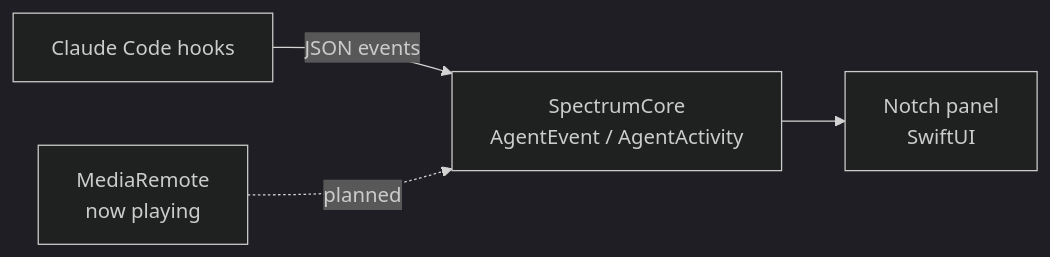
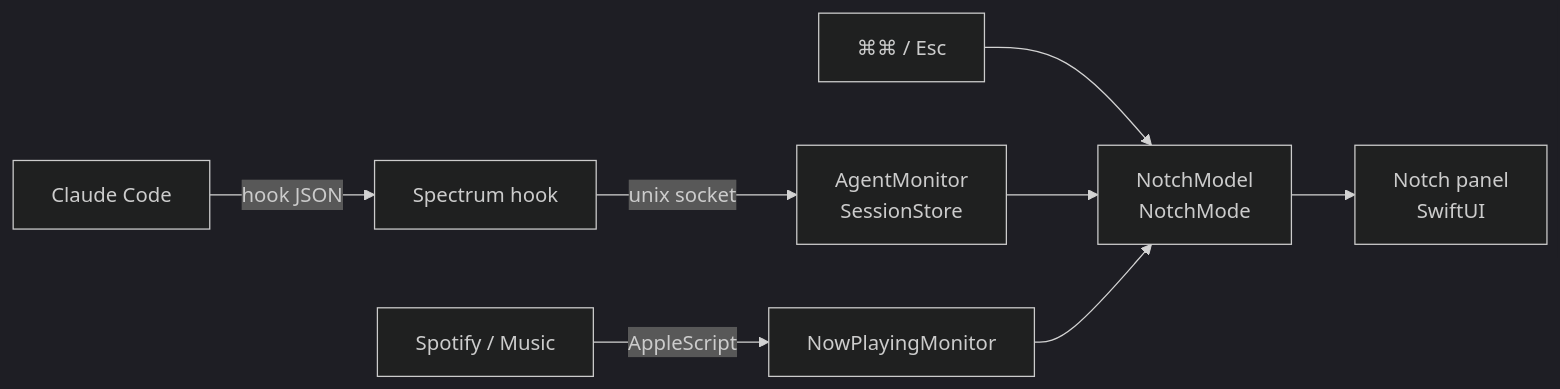
Before and after one commit to asykixd/spectrum: the diagram in README.md, drawn with Mermaid (dark theme). The commit also changed other lines of this file and 2 other files, not shown here.

Commit message:
docs: document usage, permissions and commands; update roadmap

````diff
--- a/README.md
+++ b/README.md
@@ -67,6 +96,10 @@
 ```mermaid
 flowchart LR
-    CC[Claude Code hooks] -- JSON events --> Core[SpectrumCore<br/>AgentEvent / AgentActivity]
-    MR[MediaRemote<br/>now playing] -. planned .-> Core
-    Core --> UI[Notch panel<br/>SwiftUI]
+    CC[Claude Code] -- hook JSON --> Hook[Spectrum hook]
+    Hook -- unix socket --> Agents[AgentMonitor<br/>SessionStore]
+    Players[Spotify / Music] -- AppleScript --> Music[NowPlayingMonitor]
+    Keys[⌘⌘ / Esc] --> Model
+    Agents --> Model[NotchModel<br/>NotchMode]
+    Music --> Model
+    Model --> UI[Notch panel<br/>SwiftUI]
 ```
````
